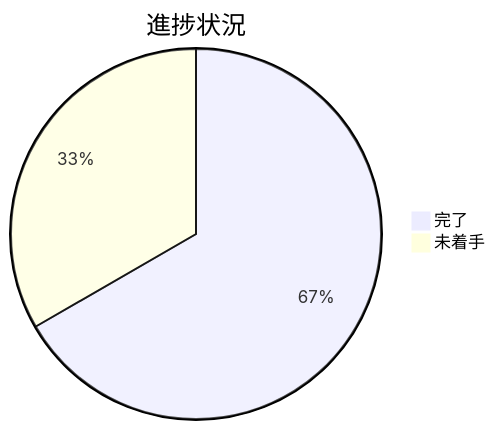
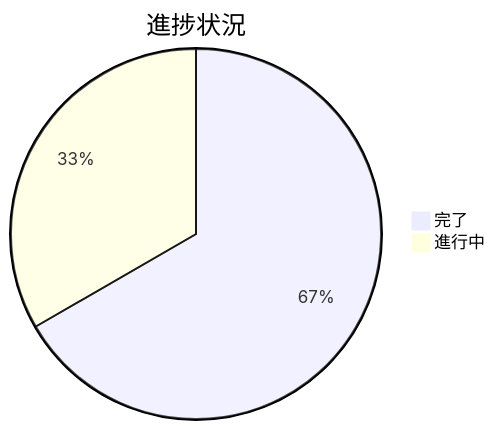
Before and after one commit to techbeansjp-free/AGENTS.md: the diagram in docs/maintainer/workflow/20260715_160558_issue運用ポリシー全面移行/90_issues.md, drawn with Mermaid. The commit also changed other lines of this file, not shown here.

````diff
--- a/docs/maintainer/workflow/20260715_160558_issue運用ポリシー全面移行/90_issues.md
+++ b/docs/maintainer/workflow/20260715_160558_issue運用ポリシー全面移行/90_issues.md
@@ -39,5 +39,5 @@
 ```mermaid
 pie title 進捗状況
     "完了" : 2
-    "未着手" : 1
+    "進行中" : 1
 ```
````
